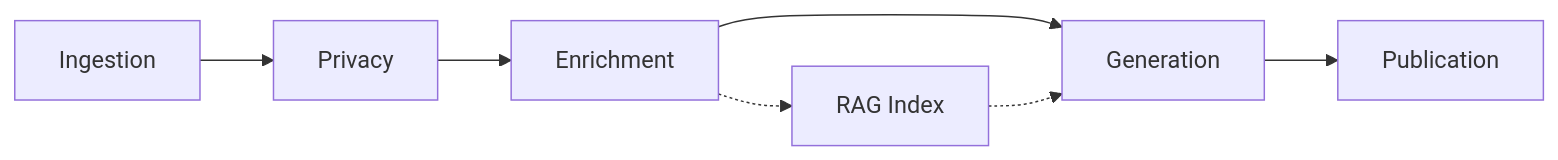
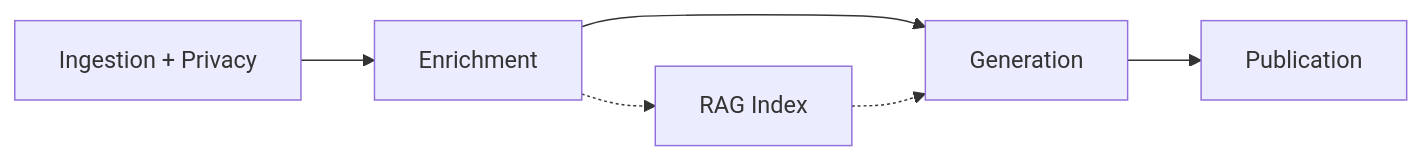
The first of 2 diagrams in docs/guide/architecture.md (franklinbaldo/egregora), drawn with Mermaid before and after one commit. The commit also changed other lines of this file and 6 other files, not shown here.

First line of the commit message:
docs: Align RAG, Privacy, and Config documentation with V3 code state

````diff
--- a/docs/guide/architecture.md
+++ b/docs/guide/architecture.md
@@ -7,9 +7,8 @@
 ```mermaid
 graph LR
-    A[Ingestion] --> B[Privacy]
-    B --> C[Enrichment]
-    C --> D[Generation]
-    D --> E[Publication]
-    C -.-> F[RAG Index]
-    F -.-> D
+    A[Ingestion + Privacy] --> B[Enrichment]
+    B --> C[Generation]
+    C --> D[Publication]
+    B -.-> E[RAG Index]
+    E -.-> C
 ```
````
